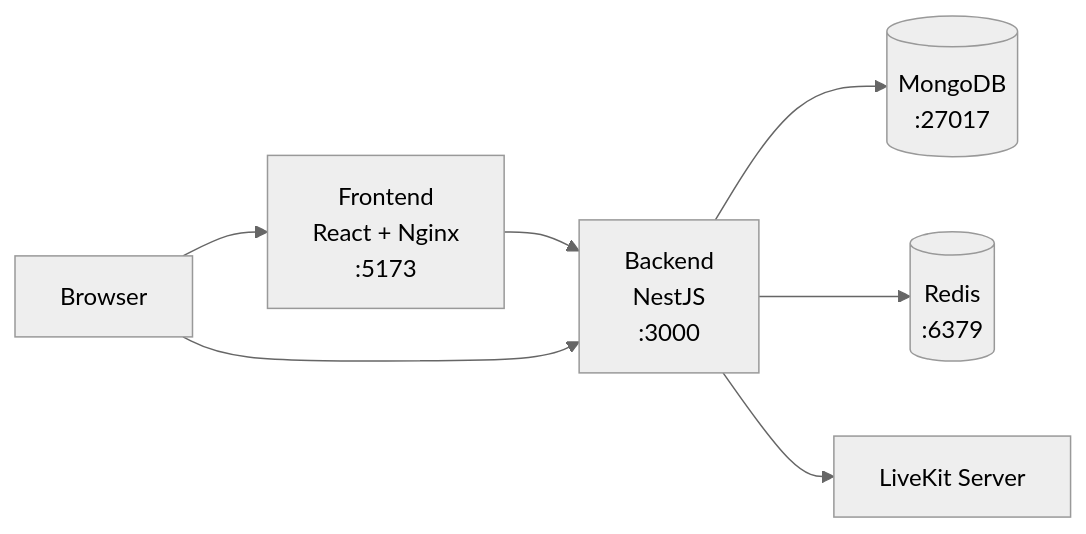
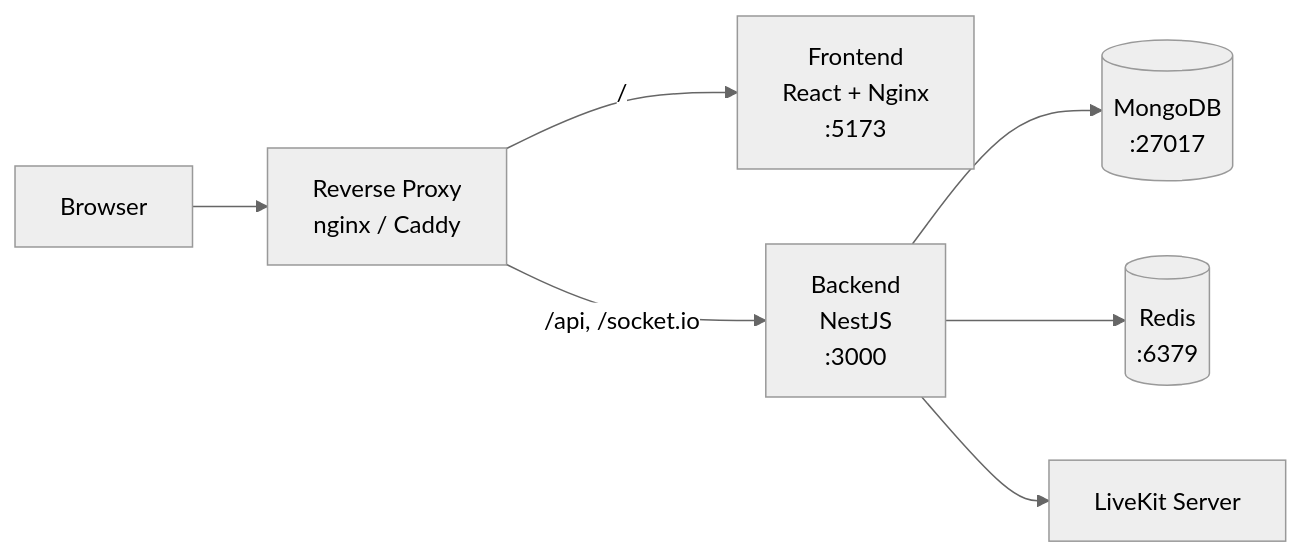
Before and after one commit to krakenchat/kraken: the diagram in docs-site/docs/deployment/docker-compose.md, drawn with Mermaid (neutral theme). The commit also changed other lines of this file and 6 other files, not shown here.

````diff
--- a/docs-site/docs/deployment/docker-compose.md
+++ b/docs-site/docs/deployment/docker-compose.md
@@ -16,9 +14,9 @@
 ```mermaid
 graph LR
-    Client[Browser] --> Frontend[Frontend<br/>React + Nginx<br/>:5173]
-    Frontend --> Backend[Backend<br/>NestJS<br/>:3000]
-    Client --> Backend
+    Client[Browser] --> Proxy[Reverse Proxy<br/>nginx / Caddy]
+    Proxy -->|/| Frontend[Frontend<br/>React + Nginx<br/>:5173]
+    Proxy -->|/api, /socket.io| Backend[Backend<br/>NestJS<br/>:3000]
     Backend --> MongoDB[(MongoDB<br/>:27017)]
     Backend --> Redis[(Redis<br/>:6379)]
     Backend --> LiveKit[LiveKit Server]
 ```
````
